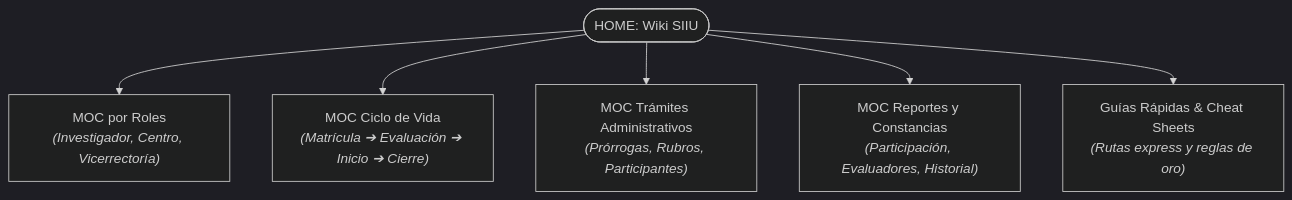
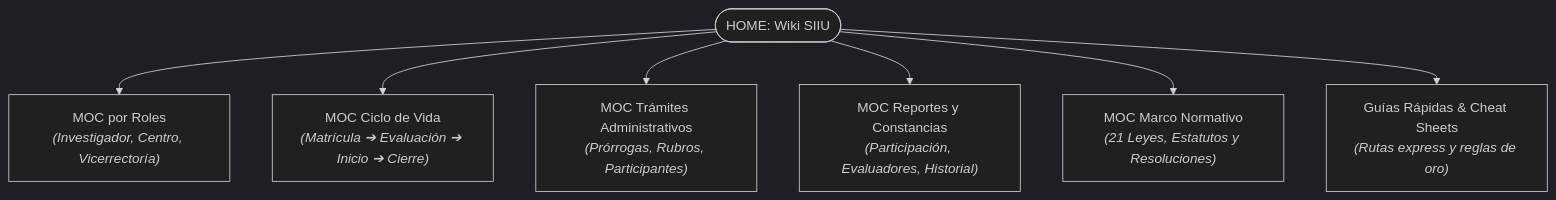
One commit to Colors-svg/Wiki changed the diagram in docs/index.md. Above: the diagram before and after it, drawn with Mermaid (dark theme). The commit also changed other lines of this file and 13 other files, not shown here.

````diff
--- a/docs/index.md
+++ b/docs/index.md
@@ -12,9 +12,10 @@
 ```mermaid
 flowchart TD
     HOME(["HOME: Wiki SIIU"])
     HOME --> MOC_ROLES["MOC por Roles<br><i>(Investigador, Centro, Vicerrectoría)</i>"]
     HOME --> MOC_CICLO["MOC Ciclo de Vida<br><i>(Matrícula ➔ Evaluación ➔ Inicio ➔ Cierre)</i>"]
     HOME --> MOC_TRAMITES["MOC Trámites Administrativos<br><i>(Prórrogas, Rubros, Participantes)</i>"]
     HOME --> MOC_REPORTES["MOC Reportes y Constancias<br><i>(Participación, Evaluadores, Historial)</i>"]
+    HOME --> MOC_LEGAL["MOC Marco Normativo<br><i>(21 Leyes, Estatutos y Resoluciones)</i>"]
     HOME --> CHEAT["Guías Rápidas & Cheat Sheets<br><i>(Rutas express y reglas de oro)</i>"]
 ```
````
